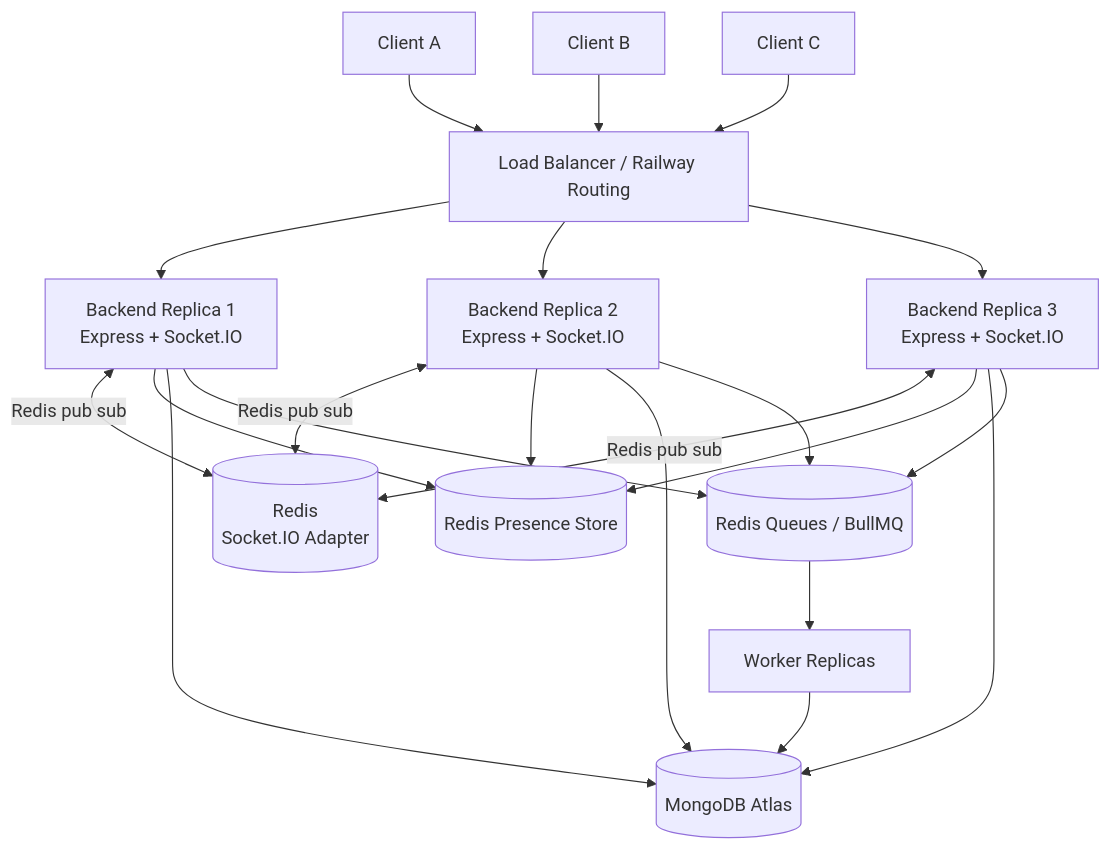
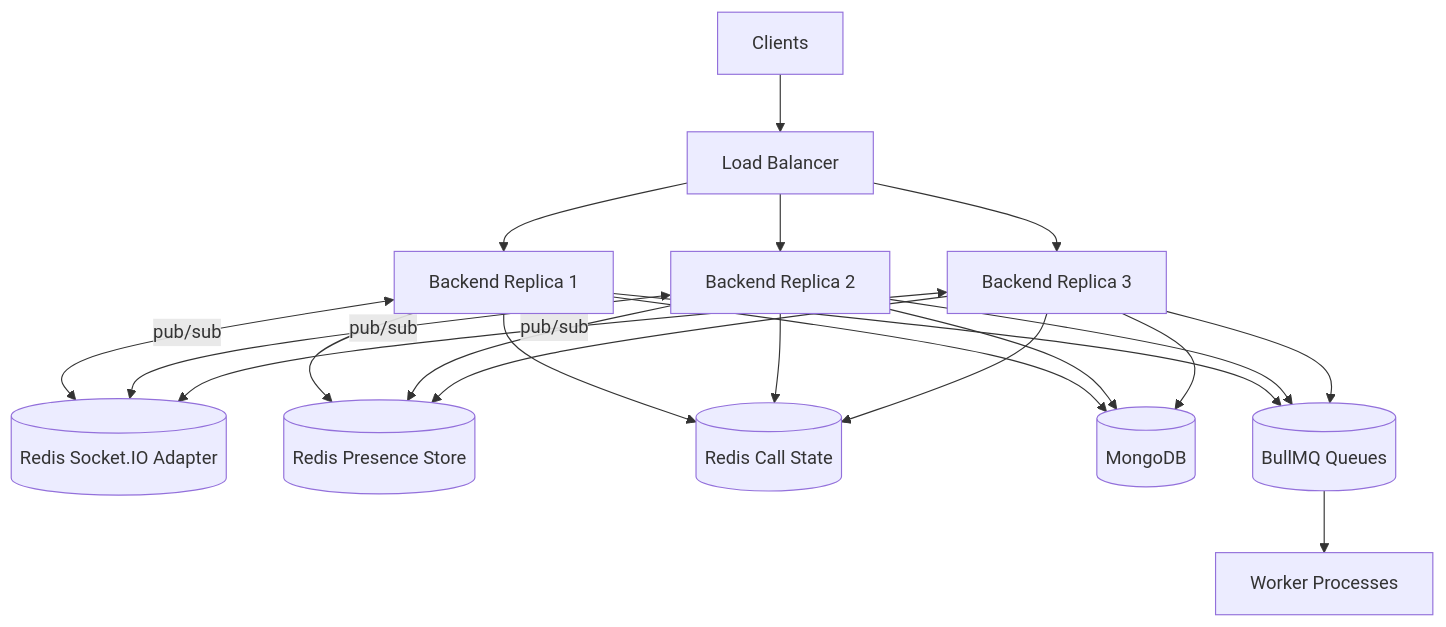
Before and after one commit to ToiLaBao2004/NexCon: the second of 14 diagrams in README.md, drawn with Mermaid. The commit also changed other lines of this file and 16 other files, not shown here.

````diff
--- a/README.md
+++ b/README.md
@@ -133,28 +229,28 @@
 ```mermaid
 flowchart TB
-    ClientA["Client A"] --> LB["Load Balancer / Railway Routing"]
-    ClientB["Client B"] --> LB
-    ClientC["Client C"] --> LB
+    Clients["Clients"] --> LB["Load Balancer"]
+    LB --> API1["Backend Replica 1"]
+    LB --> API2["Backend Replica 2"]
+    LB --> API3["Backend Replica 3"]
 
-    LB --> API1["Backend Replica 1<br/>Express + Socket.IO"]
-    LB --> API2["Backend Replica 2<br/>Express + Socket.IO"]
-    LB --> API3["Backend Replica 3<br/>Express + Socket.IO"]
+    API1 <-->|pub/sub| Adapter[("Redis Socket.IO Adapter")]
+    API2 <-->|pub/sub| Adapter
+    API3 <-->|pub/sub| Adapter
 
-    API1 <-->|Redis pub sub| RA[("Redis<br/>Socket.IO Adapter")]
-    API2 <-->|Redis pub sub| RA
-    API3 <-->|Redis pub sub| RA
+    API1 --> Presence[("Redis Presence Store")]
+    API2 --> Presence
+    API3 --> Presence
 
-    API1 --> PR[("Redis Presence Store")]
-    API2 --> PR
-    API3 --> PR
+    API1 --> Calls[("Redis Call State")]
+    API2 --> Calls
+    API3 --> Calls
 
-    API1 --> DB[("MongoDB Atlas")]
-    API2 --> DB
-    API3 --> DB
+    API1 --> Mongo[("MongoDB")]
+    API2 --> Mongo
+    API3 --> Mongo
 
-    API1 --> Q[("Redis Queues / BullMQ")]
-    API2 --> Q
-    API3 --> Q
-    Q --> WK["Worker Replicas"]
-    WK --> DB
+    API1 --> Queues[("BullMQ Queues")]
+    API2 --> Queues
+    API3 --> Queues
+    Queues --> Workers["Worker Processes"]
 ```
````
